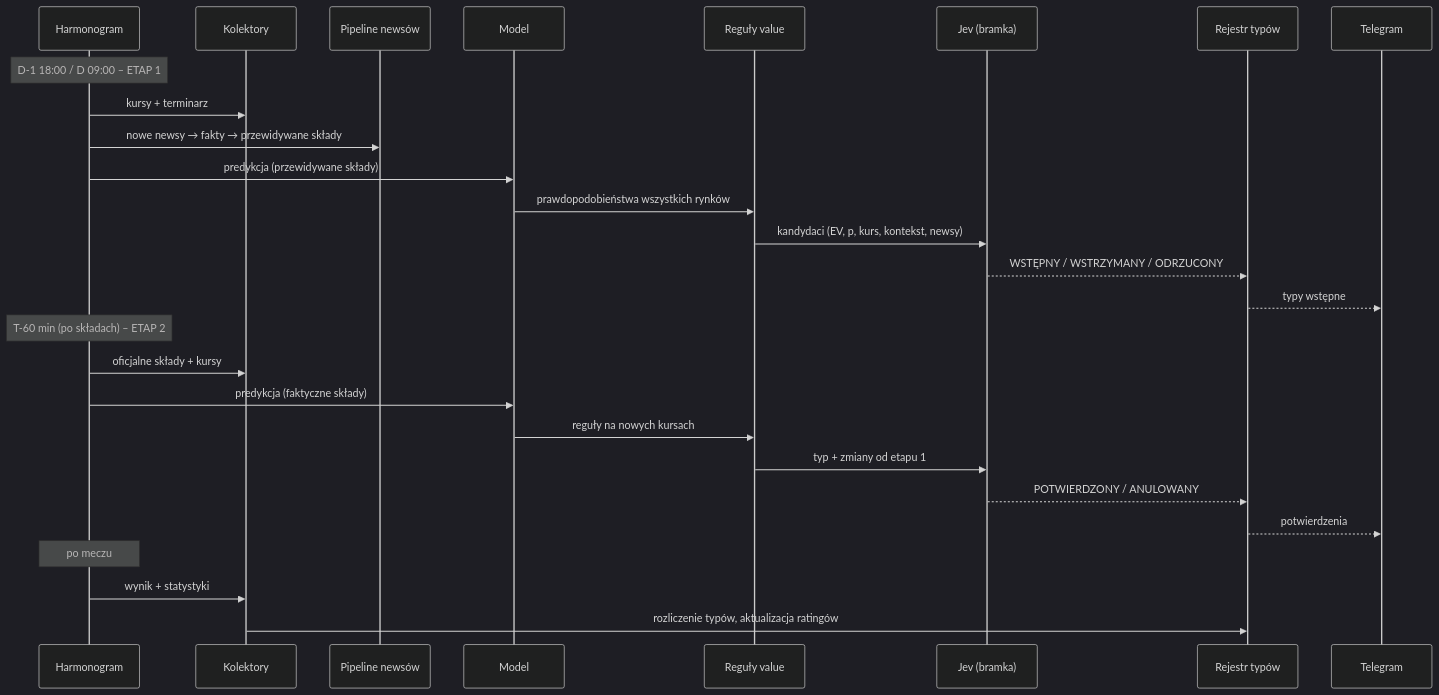
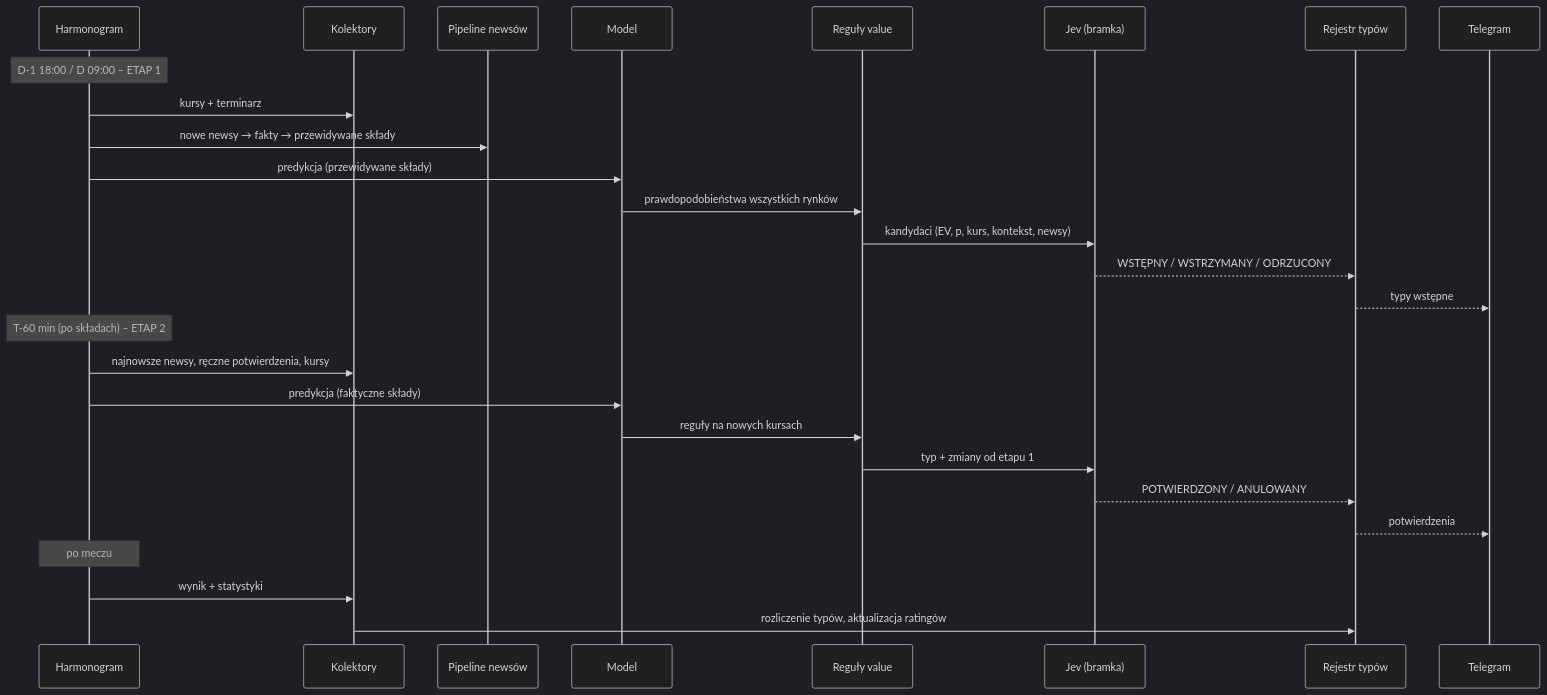
One commit to Tomek586/typer-ai changed the second of 3 diagrams in docs/02-architektura.md. Above: the diagram before and after it, drawn with Mermaid (dark theme). The commit also changed other lines of this file and 13 other files, not shown here.

````diff
--- a/docs/02-architektura.md
+++ b/docs/02-architektura.md
@@ -70,32 +69,32 @@
 ```mermaid
 sequenceDiagram
     participant SCH as Harmonogram
     participant COL as Kolektory
     participant NEWS as Pipeline newsów
     participant M as Model
     participant R as Reguły value
     participant J as Jev (bramka)
     participant DB as Rejestr typów
     participant TG as Telegram
 
     Note over SCH: D-1 18:00 / D 09:00 – ETAP 1
     SCH->>COL: kursy + terminarz
     SCH->>NEWS: nowe newsy → fakty → przewidywane składy
     SCH->>M: predykcja (przewidywane składy)
     M->>R: prawdopodobieństwa wszystkich rynków
     R->>J: kandydaci (EV, p, kurs, kontekst, newsy)
     J-->>DB: WSTĘPNY / WSTRZYMANY / ODRZUCONY
     DB-->>TG: typy wstępne
 
     Note over SCH: T-60 min (po składach) – ETAP 2
-    SCH->>COL: oficjalne składy + kursy
+    SCH->>COL: najnowsze newsy, ręczne potwierdzenia, kursy
     SCH->>M: predykcja (faktyczne składy)
     M->>R: reguły na nowych kursach
     R->>J: typ + zmiany od etapu 1
     J-->>DB: POTWIERDZONY / ANULOWANY
     DB-->>TG: potwierdzenia
 
     Note over SCH: po meczu
     SCH->>COL: wynik + statystyki
     COL->>DB: rozliczenie typów, aktualizacja ratingów
 ```
````
